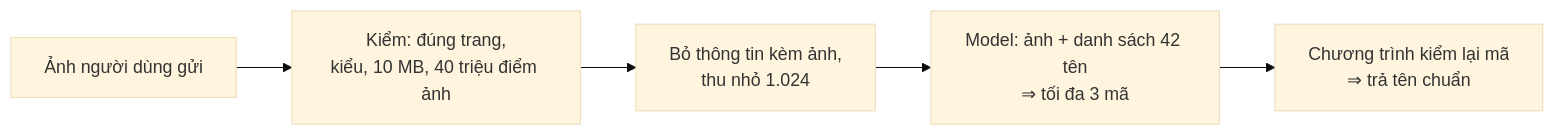
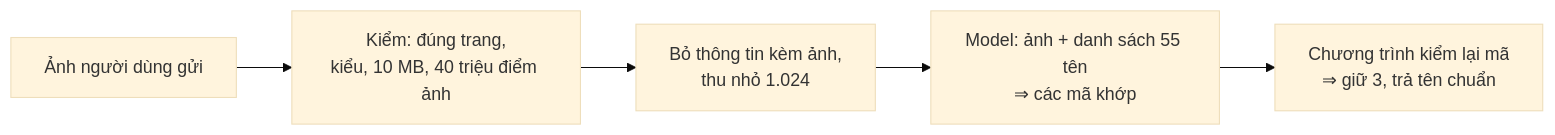
One commit to Sunny-sunnyy/chatbot-hue changed the diagram in bai_hoc/giao_trinh/26_HOI_BANG_ANH.md. Above: the diagram before and after it, drawn with Mermaid (base theme). The commit also changed other lines of this file and 8 other files, not shown here.

````diff
--- a/bai_hoc/giao_trinh/26_HOI_BANG_ANH.md
+++ b/bai_hoc/giao_trinh/26_HOI_BANG_ANH.md
@@ -47,7 +48,7 @@
 ```mermaid
 flowchart LR
   A["Ảnh người dùng gửi"] --> B["Kiểm: đúng trang,<br/>kiểu, 10 MB, 40 triệu điểm ảnh"]
   B --> C["Bỏ thông tin kèm ảnh,<br/>thu nhỏ 1.024"]
-  C --> D["Model: ảnh + danh sách 42 tên<br/>⇒ tối đa 3 mã"]
-  D --> E["Chương trình kiểm lại mã<br/>⇒ trả tên chuẩn"]
+  C --> D["Model: ảnh + danh sách 55 tên<br/>⇒ các mã khớp"]
+  D --> E["Chương trình kiểm lại mã<br/>⇒ giữ 3, trả tên chuẩn"]
 ```
````
